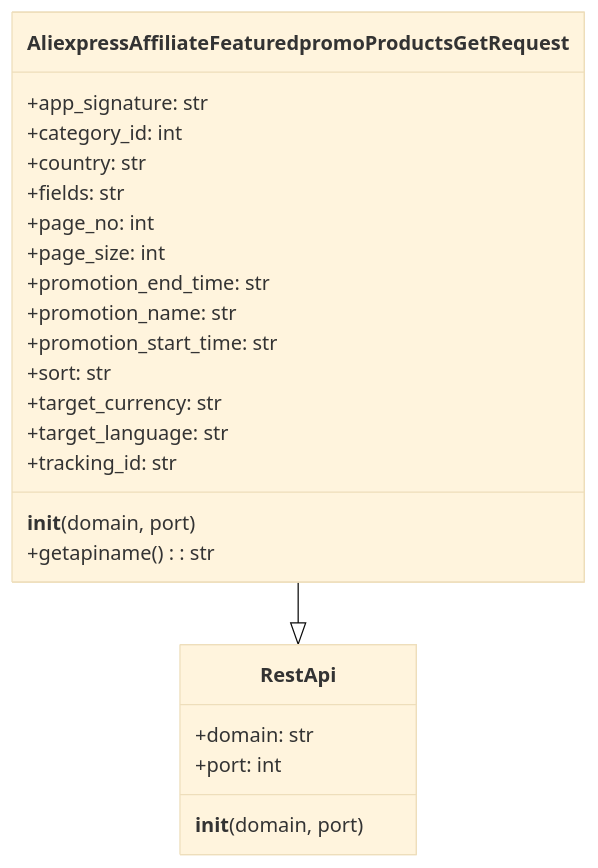
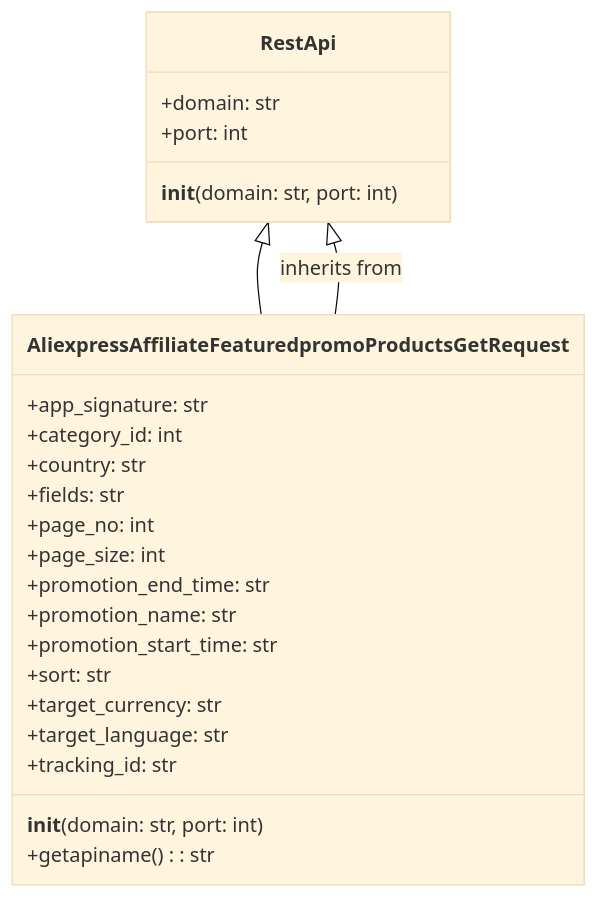
One commit to hypo69/hypo changed the diagram in docs/gemini/ru/explainer/src/suppliers/aliexpress/api/_examples/rest/AliexpressAffiliateFeaturedpromoProductsGetRequest.py.md. Above: the diagram before and after it, drawn with Mermaid (base theme). The commit also changed other lines of this file and 223 other files, not shown here.

````diff
--- a/docs/gemini/ru/explainer/src/suppliers/aliexpress/api/_examples/rest/AliexpressAffiliateFeaturedpromoProductsGetRequest.py.md
+++ b/docs/gemini/ru/explainer/src/suppliers/aliexpress/api/_examples/rest/AliexpressAffiliateFeaturedpromoProductsGetRequest.py.md
@@ -47,26 +28,27 @@
 ```mermaid
 classDiagram
     class RestApi {
         +domain: str
         +port: int
-        __init__(domain, port)
+        __init__(domain: str, port: int)
     }
     class AliexpressAffiliateFeaturedpromoProductsGetRequest {
         +app_signature: str
         +category_id: int
         +country: str
         +fields: str
         +page_no: int
         +page_size: int
         +promotion_end_time: str
         +promotion_name: str
         +promotion_start_time: str
         +sort: str
         +target_currency: str
         +target_language: str
         +tracking_id: str
-        __init__(domain, port)
+        __init__(domain: str, port: int)
         +getapiname(): str
     }
-    AliexpressAffiliateFeaturedpromoProductsGetRequest --|> RestApi
+    RestApi <|-- AliexpressAffiliateFeaturedpromoProductsGetRequest
+    AliexpressAffiliateFeaturedpromoProductsGetRequest --|> RestApi : inherits from
 ```
````
